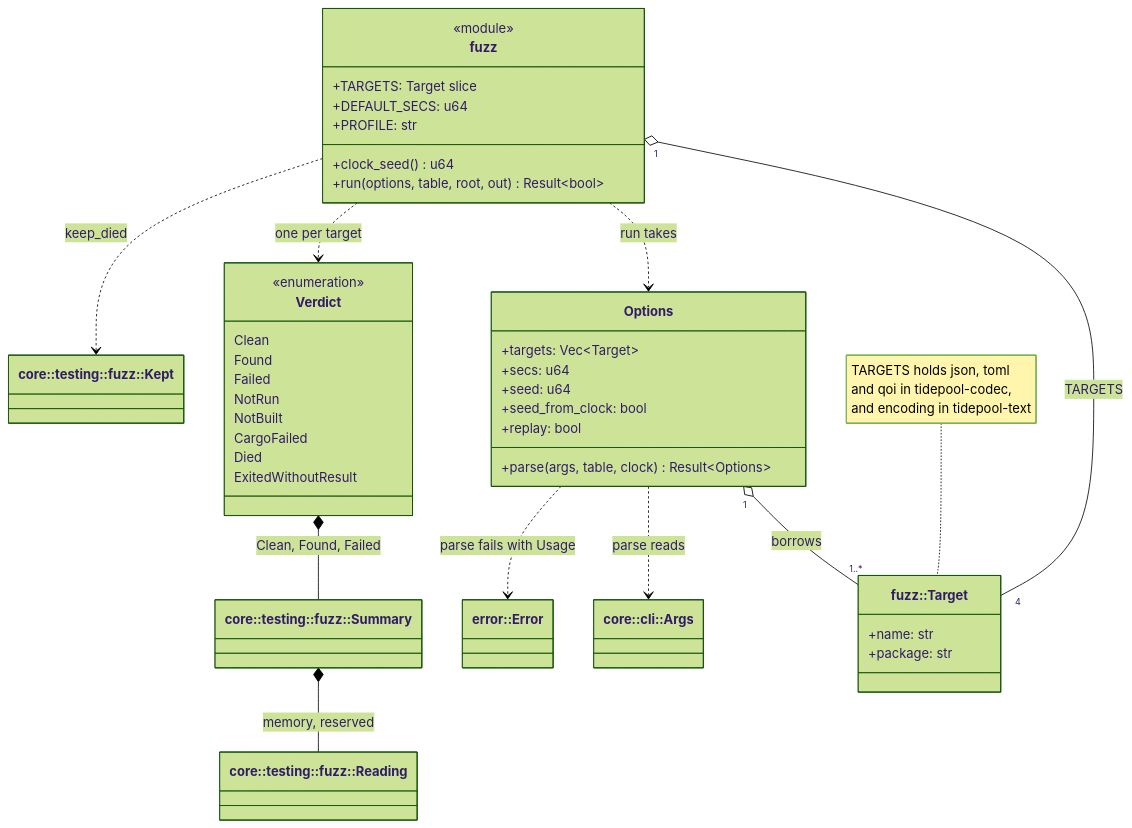
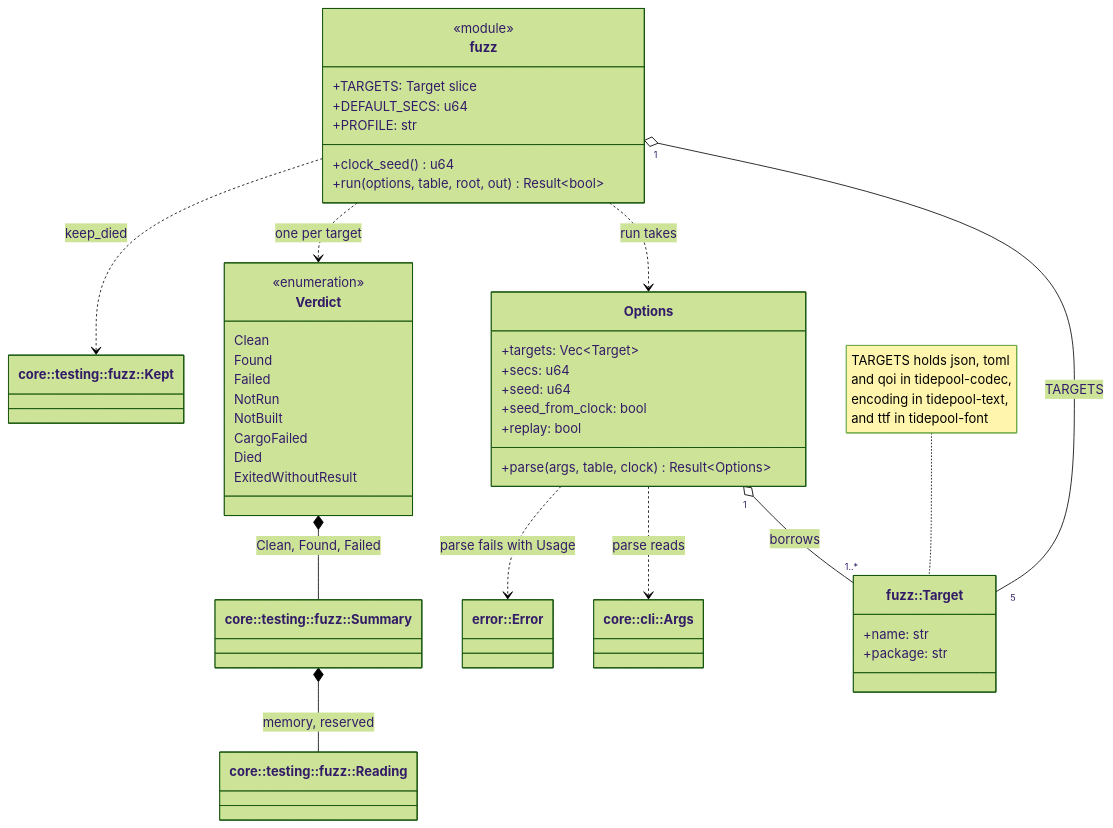
Before and after one commit to jabbott-iii/Tidepool: diagram 28 of 39 in diagrams/class-diagrams.md, drawn with Mermaid (forest theme). The commit also changed other lines of this file and 66 other files, not shown here.

````diff
--- a/diagrams/class-diagrams.md
+++ b/diagrams/class-diagrams.md
@@ -2138,50 +2140,50 @@
 ```mermaid
 classDiagram
     direction TB
     class SmokeFns["fuzz"] {
         <<module>>
         +TARGETS: Target slice
         +DEFAULT_SECS: u64
         +PROFILE: str
         +clock_seed() u64
         +run(options, table, root, out) Result~bool~
     }
     class SmokeTarget["fuzz::Target"] {
         +name: str
         +package: str
     }
     class Options {
         +targets: Vec~Target~
         +secs: u64
         +seed: u64
         +seed_from_clock: bool
         +replay: bool
         +parse(args, table, clock) Result~Options~
     }
     class Verdict {
         <<enumeration>>
         Clean
         Found
         Failed
         NotRun
         NotBuilt
         CargoFailed
         Died
         ExitedWithoutResult
     }
     class Args["core::cli::Args"]
     class Summary["core::testing::fuzz::Summary"]
     class Reading["core::testing::fuzz::Reading"]
     class Kept["core::testing::fuzz::Kept"]
     class XtaskError["error::Error"]
-    SmokeFns "1" o-- "4" SmokeTarget : TARGETS
+    SmokeFns "1" o-- "5" SmokeTarget : TARGETS
     Options "1" o-- "1..*" SmokeTarget : borrows
     Options ..> Args : parse reads
     Options ..> XtaskError : parse fails with Usage
     SmokeFns ..> Options : run takes
     SmokeFns ..> Verdict : one per target
     Verdict *-- Summary : Clean, Found, Failed
     Summary *-- Reading : memory, reserved
     SmokeFns ..> Kept : keep_died
-    note for SmokeTarget "TARGETS holds json, toml<br/>and qoi in tidepool-codec,<br/>and encoding in tidepool-text"
+    note for SmokeTarget "TARGETS holds json, toml<br/>and qoi in tidepool-codec,<br/>encoding in tidepool-text,<br/>and ttf in tidepool-font"
 ```
````
